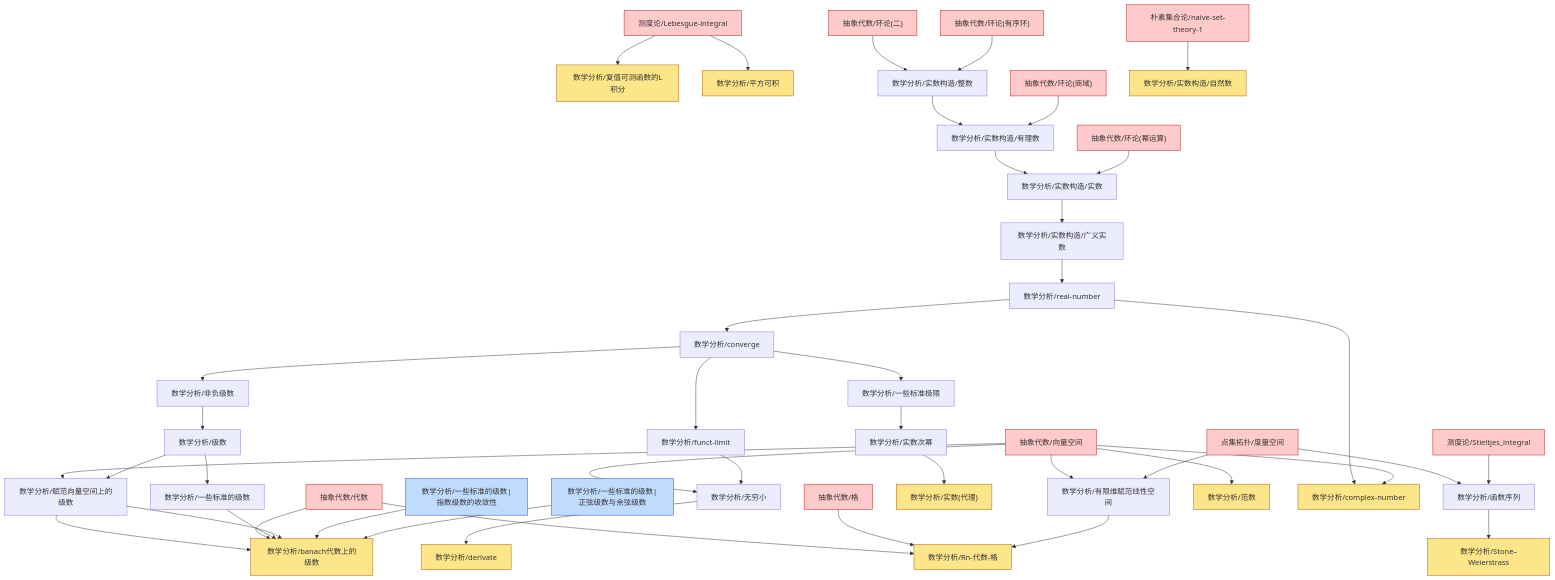
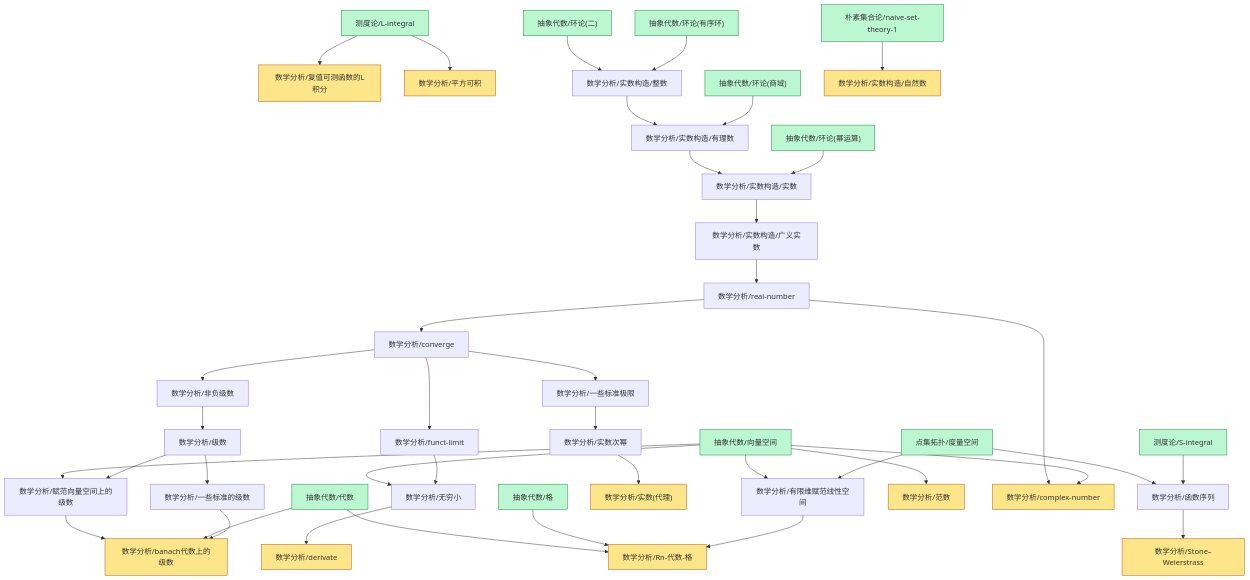
Before and after one commit to zeroDtree/zeroDtree.github.io: the diagram in content/数学分析/dependency_graph.md, drawn with Mermaid. The commit also changed 22 other files, not shown here.

````diff
--- a/content/数学分析/dependency_graph.md
+++ b/content/数学分析/dependency_graph.md
@@ -1,50 +1,45 @@
 ```mermaid
 graph TD
 1["抽象代数/向量空间"] --> 0["数学分析/有限维赋范线性空间"]
 2["点集拓扑/度量空间"] --> 0["数学分析/有限维赋范线性空间"]
 4["抽象代数/代数"] --> 3["数学分析/Rn-代数-格"]
 5["抽象代数/格"] --> 3["数学分析/Rn-代数-格"]
 0["数学分析/有限维赋范线性空间"] --> 3["数学分析/Rn-代数-格"]
 7["数学分析/非负级数"] --> 6["数学分析/级数"]
 9["数学分析/赋范向量空间上的级数"] --> 8["数学分析/banach代数上的级数"]
 4["抽象代数/代数"] --> 8["数学分析/banach代数上的级数"]
 10["数学分析/一些标准的级数"] --> 8["数学分析/banach代数上的级数"]
-9["数学分析/赋范向量空间上的级数"] --> 8["数学分析/banach代数上的级数"]
-11["数学分析/一些标准的级数|指数级数的收敛性"] --> 8["数学分析/banach代数上的级数"]
-12["数学分析/一些标准的级数|正弦级数与余弦级数"] --> 8["数学分析/banach代数上的级数"]
-14["数学分析/实数次幂"] --> 13["数学分析/实数(代理)"]
+12["数学分析/实数次幂"] --> 11["数学分析/实数(代理)"]
 6["数学分析/级数"] --> 10["数学分析/一些标准的级数"]
-16["数学分析/converge"] --> 15["数学分析/一些标准极限"]
-18["数学分析/无穷小"] --> 17["数学分析/derivate"]
-19["数学分析/real-number"] --> 16["数学分析/converge"]
-15["数学分析/一些标准极限"] --> 14["数学分析/实数次幂"]
-16["数学分析/converge"] --> 7["数学分析/非负级数"]
-1["抽象代数/向量空间"] --> 20["数学分析/范数"]
-22["测度论/Lebesgue-integral"] --> 21["数学分析/复值可测函数的L积分"]
-1["抽象代数/向量空间"] --> 18["数学分析/无穷小"]
-23["数学分析/funct-limit"] --> 18["数学分析/无穷小"]
+14["数学分析/converge"] --> 13["数学分析/一些标准极限"]
+16["数学分析/无穷小"] --> 15["数学分析/derivate"]
+17["数学分析/real-number"] --> 14["数学分析/converge"]
+13["数学分析/一些标准极限"] --> 12["数学分析/实数次幂"]
+14["数学分析/converge"] --> 7["数学分析/非负级数"]
+1["抽象代数/向量空间"] --> 18["数学分析/范数"]
+20["测度论/L-integral"] --> 19["数学分析/复值可测函数的L积分"]
+1["抽象代数/向量空间"] --> 16["数学分析/无穷小"]
+21["数学分析/funct-limit"] --> 16["数学分析/无穷小"]
 1["抽象代数/向量空间"] --> 9["数学分析/赋范向量空间上的级数"]
 6["数学分析/级数"] --> 9["数学分析/赋范向量空间上的级数"]
-16["数学分析/converge"] --> 23["数学分析/funct-limit"]
-19["数学分析/real-number"] --> 25["数学分析/complex-number"]
-1["抽象代数/向量空间"] --> 25["数学分析/complex-number"]
-26["数学分析/实数构造/广义实数"] --> 19["数学分析/real-number"]
-2["点集拓扑/度量空间"] --> 27["数学分析/函数序列"]
-28["测度论/Stieltjes_integral"] --> 27["数学分析/函数序列"]
-22["测度论/Lebesgue-integral"] --> 29["数学分析/平方可积"]
-27["数学分析/函数序列"] --> 30["数学分析/Stone–Weierstrass"]
-32["数学分析/实数构造/有理数"] --> 31["数学分析/实数构造/实数"]
-33["抽象代数/环论(幂运算)"] --> 31["数学分析/实数构造/实数"]
-34["数学分析/实数构造/整数"] --> 32["数学分析/实数构造/有理数"]
-35["抽象代数/环论(商域)"] --> 32["数学分析/实数构造/有理数"]
-31["数学分析/实数构造/实数"] --> 26["数学分析/实数构造/广义实数"]
-37["朴素集合论/naive-set-theory-1"] --> 36["数学分析/实数构造/自然数"]
-38["抽象代数/环论(二)"] --> 34["数学分析/实数构造/整数"]
-39["抽象代数/环论(有序环)"] --> 34["数学分析/实数构造/整数"]
+14["数学分析/converge"] --> 21["数学分析/funct-limit"]
+17["数学分析/real-number"] --> 22["数学分析/complex-number"]
+1["抽象代数/向量空间"] --> 22["数学分析/complex-number"]
+23["数学分析/实数构造/广义实数"] --> 17["数学分析/real-number"]
+2["点集拓扑/度量空间"] --> 24["数学分析/函数序列"]
+25["测度论/S-integral"] --> 24["数学分析/函数序列"]
+20["测度论/L-integral"] --> 26["数学分析/平方可积"]
+24["数学分析/函数序列"] --> 27["数学分析/Stone–Weierstrass"]
+29["数学分析/实数构造/有理数"] --> 28["数学分析/实数构造/实数"]
+30["抽象代数/环论(幂运算)"] --> 28["数学分析/实数构造/实数"]
+31["数学分析/实数构造/整数"] --> 29["数学分析/实数构造/有理数"]
+32["抽象代数/环论(商域)"] --> 29["数学分析/实数构造/有理数"]
+28["数学分析/实数构造/实数"] --> 23["数学分析/实数构造/广义实数"]
+34["朴素集合论/naive-set-theory-1"] --> 33["数学分析/实数构造/自然数"]
+35["抽象代数/环论(二)"] --> 31["数学分析/实数构造/整数"]
+36["抽象代数/环论(有序环)"] --> 31["数学分析/实数构造/整数"]
 classDef leaf fill:#fde68a,stroke:#b45309
-class 3,8,13,17,20,21,25,29,30,36 leaf
-classDef root fill:#bfdbfe,stroke:#1d4ed8
-class 11,12,24 root
-classDef externalRoot fill:#fecaca,stroke:#b91c1c
-class 1,2,4,5,22,28,33,35,37,38,39 externalRoot
+class 3,8,11,15,18,19,22,26,27,33 leaf
+classDef foundationRoot fill:#bbf7d0,stroke:#15803d
+class 1,2,4,5,20,25,30,32,34,35,36 foundationRoot
 ```
````
